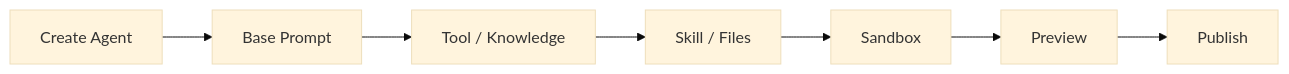
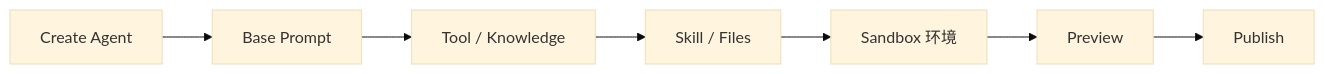
One commit to sgfd-ui/internship changed the seventh of 12 diagrams in weekly-report/dify-1.17-core-capabilities-research.md. Above: the diagram before and after it, drawn with Mermaid (base theme). The commit also changed other lines of this file, not shown here.

````diff
--- a/weekly-report/dify-1.17-core-capabilities-research.md
+++ b/weekly-report/dify-1.17-core-capabilities-research.md
@@ -244,9 +264,9 @@
 ```mermaid
 flowchart LR
     A[Create Agent] --> B[Base Prompt]
     B --> C[Tool / Knowledge]
     C --> D[Skill / Files]
-    D --> E[Sandbox]
+    D --> E[Sandbox 环境]
     E --> F[Preview]
     F --> G[Publish]
 ```
````
